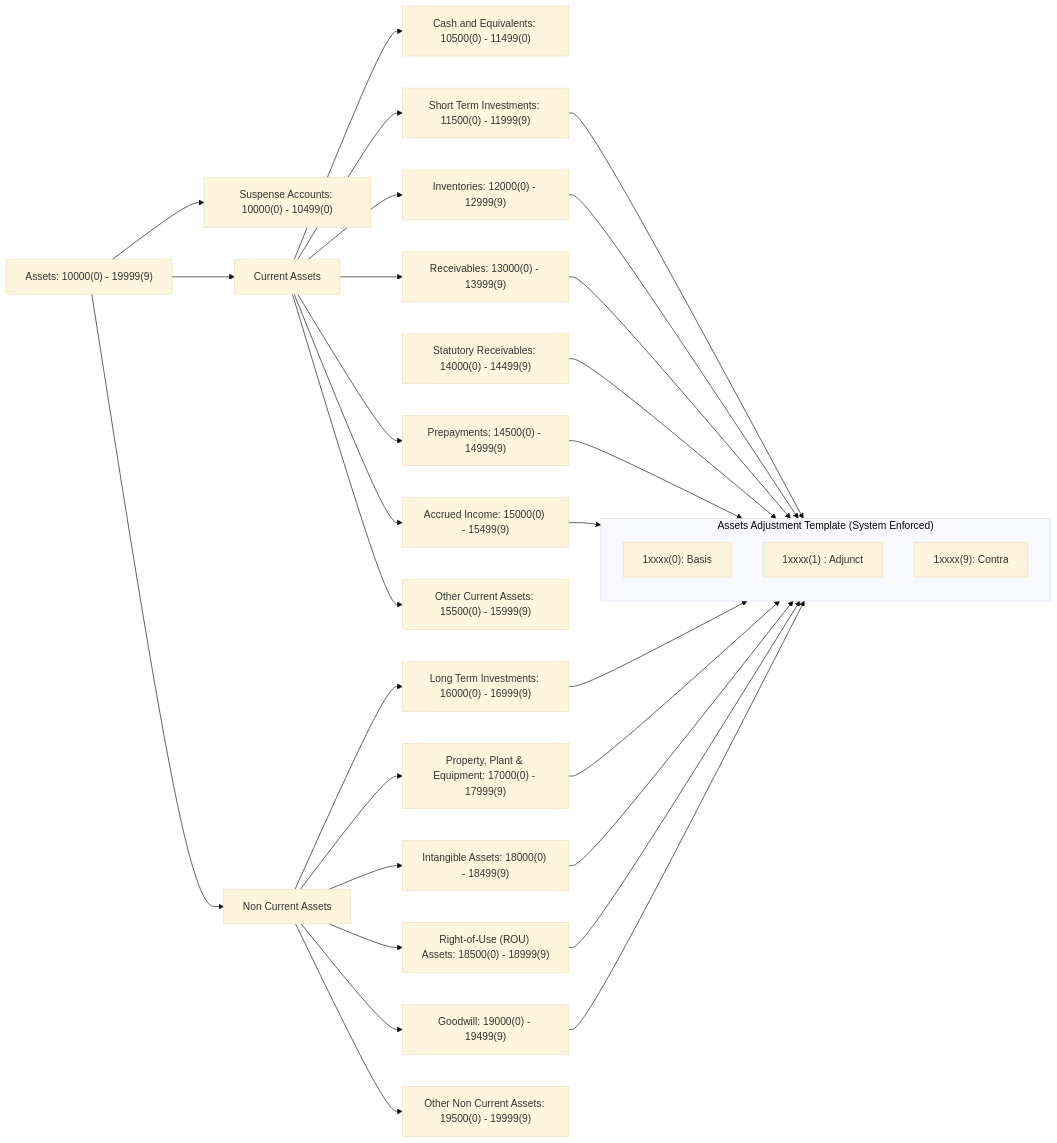
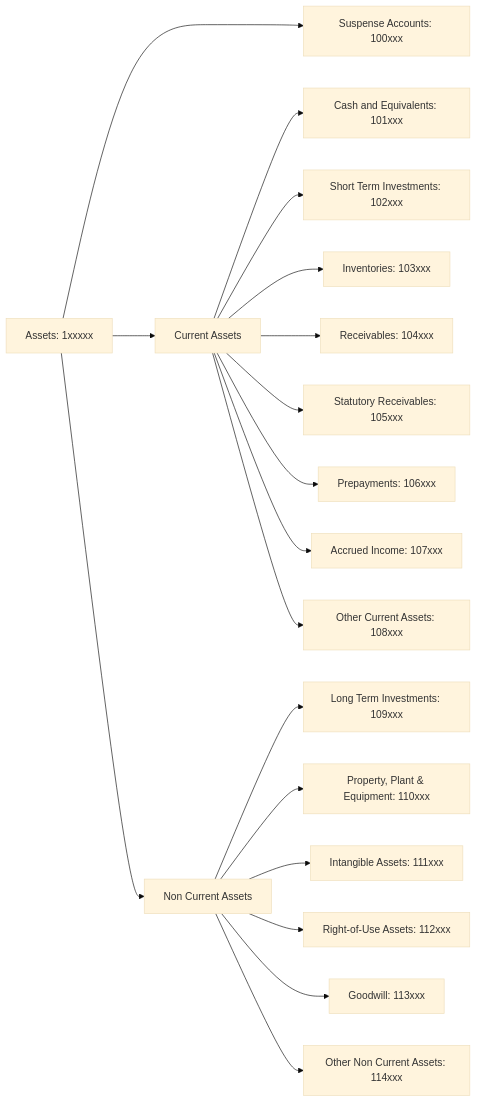
One commit to oosahon/ledgernova-core changed the diagram in src/domain/accounting/__doc__/assets/coa-assets.mermaid. Above: the diagram before and after it, drawn with Mermaid (base theme). The commit also changed 10 other files, not shown here.

Commit message:
doc(coa): update charts of accounts doc

```diff
--- a/src/domain/accounting/__doc__/assets/coa-assets.mermaid
+++ b/src/domain/accounting/__doc__/assets/coa-assets.mermaid
@@ -1,34 +1,23 @@
 flowchart LR
-    %% Power users (and accounts bootstraper for non-power users) will decide whether or not to apply contra templates to "Other*" assets
-    subgraph AssetAdjustmentTemplate["Assets Adjustment Template (System Enforced)"]
-        Basis["1xxxx(0): Basis"]
-        Adjunct["1xxxx(1) : Adjunct"]
-        Contra["1xxxx(9): Contra"]
-    end
+    Assets["Assets: 1xxxxx"] --> SuspenseAccounts & CAssets & NCAssets
 
-    Assets["Assets: 10000(0) - 19999(9)"]
-
-    SuspenseAccounts["Suspense Accounts: 10000(0) - 10499(0)"]
-    CAssets["Current Assets"]
-        Cash["Cash and Equivalents: 10500(0) - 11499(0)"] 
-        STInvestments["Short Term Investments: 11500(0) - 11999(9)"] --> AssetAdjustmentTemplate
-        Inventories["Inventories: 12000(0) - 12999(9)"] --> AssetAdjustmentTemplate
-        Receivables["Receivables: 13000(0) - 13999(9)"] --> AssetAdjustmentTemplate
-        StatutoryReceivables["Statutory Receivables: 14000(0) - 14499(9)"] --> AssetAdjustmentTemplate
-        Prepayments["Prepayments: 14500(0) - 14999(9)"] --> AssetAdjustmentTemplate
-        AccruedIncome["Accrued Income: 15000(0) - 15499(9)"] --> AssetAdjustmentTemplate
-        OtherCurrentAssets["Other Current Assets: 15500(0) - 15999(9)"]
-        
+    SuspenseAccounts["Suspense Accounts: 100xxx"]
+    CAssets["Current Assets"]  
+        CAssets --> Cash["Cash and Equivalents: 101xxx"]
+        CAssets --> STInvestments["Short Term Investments: 102xxx"]
+        CAssets --> Inventories["Inventories: 103xxx"]
+        CAssets --> Receivables["Receivables: 104xxx"]
+        CAssets --> StatutoryReceivables["Statutory Receivables: 105xxx"]
+        CAssets --> Prepayments["Prepayments: 106xxx"]
+        CAssets --> AccruedIncome["Accrued Income: 107xxx"]
+        CAssets --> OtherCurrentAssets["Other Current Assets: 108xxx"]
+    CAssets ~~~ SuspenseAccounts
+      
 
     NCAssets["Non Current Assets"]
-        LTInvestments["Long Term Investments: 16000(0) - 16999(9)"] --> AssetAdjustmentTemplate
-        PPE["Property, Plant & Equipment: 17000(0) - 17999(9)"] --> AssetAdjustmentTemplate
-        IntangibleAssets["Intangible Assets: 18000(0) - 18499(9)"] --> AssetAdjustmentTemplate
-        ROU["Right-of-Use (ROU) Assets: 18500(0) - 18999(9)"] --> AssetAdjustmentTemplate
-        Goodwill["Goodwill: 19000(0) - 19499(9)"] --> AssetAdjustmentTemplate
-        OtherNonCurrentAssets["Other Non Current Assets: 19500(0) - 19999(9)"]
-        
-
-    Assets --> SuspenseAccounts & CAssets & NCAssets
-    CAssets --> Cash & STInvestments & Inventories & Receivables & Prepayments & AccruedIncome & OtherCurrentAssets
-    NCAssets --> LTInvestments & PPE &  IntangibleAssets &  ROU & Goodwill & OtherNonCurrentAssets
+        NCAssets --> LTInvestments["Long Term Investments: 109xxx"]
+        NCAssets --> PPE["Property, Plant & Equipment: 110xxx"]
+        NCAssets --> IntangibleAssets["Intangible Assets: 111xxx"]
+        NCAssets --> ROU["Right-of-Use Assets: 112xxx"]
+        NCAssets --> Goodwill["Goodwill: 113xxx"]
+        NCAssets --> OtherNonCurrentAssets["Other Non Current Assets: 114xxx"]
```
